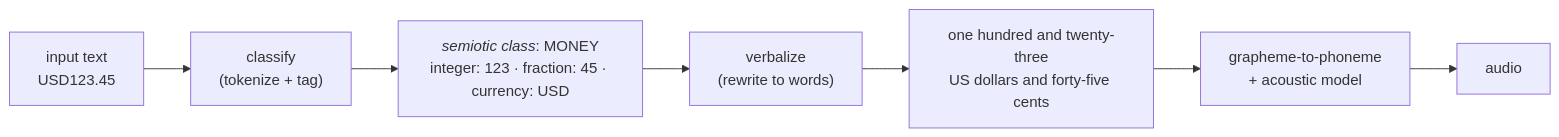
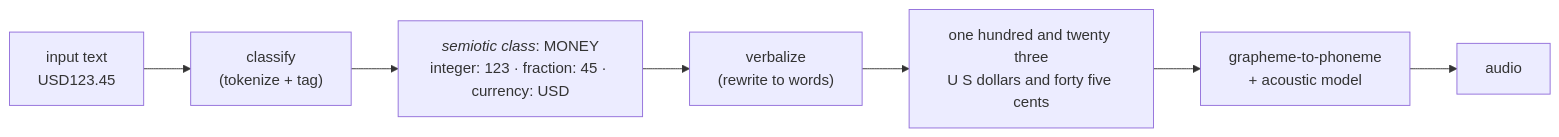
One commit to amoshydra/blog changed the diagram in content/posts/screen-reader-currency-announcements/index.mdx. Above: the diagram before and after it, drawn with Mermaid. The commit also changed other lines of this file and 4 other files, not shown here.

````diff
--- a/content/posts/screen-reader-currency-announcements/index.mdx
+++ b/content/posts/screen-reader-currency-announcements/index.mdx
@@ -104,9 +104,9 @@
 ```mermaid
 flowchart LR
     A["input text<br/>USD123.45"] --> B["classify<br/>(tokenize + tag)"]
     B --> C["<i>semiotic class</i>: MONEY<br/>integer: 123 · fraction: 45 · currency: USD"]
     C --> D["verbalize<br/>(rewrite to words)"]
-    D --> E["one hundred and twenty-three<br/>US dollars and forty-five cents"]
+    D --> E["one hundred and twenty three<br/>U S dollars and forty five cents"]
     E --> F["grapheme-to-phoneme<br/>+ acoustic model"]
     F --> G["audio"]
 ```
````
